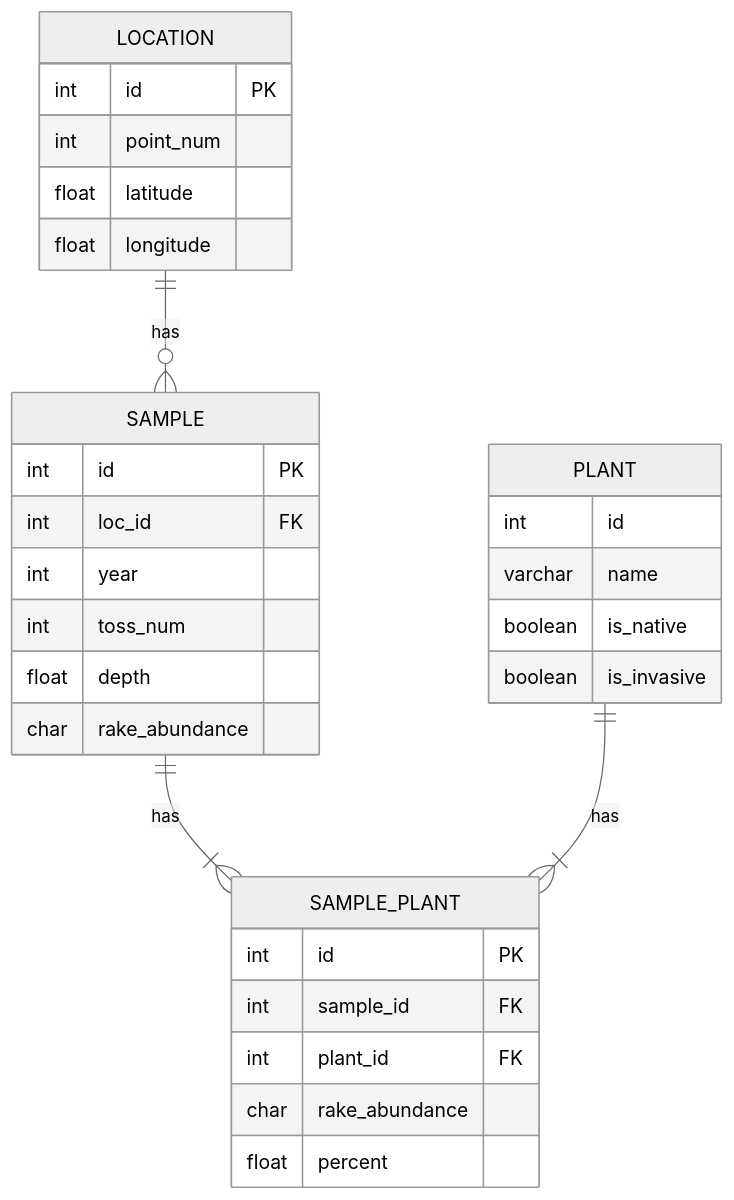
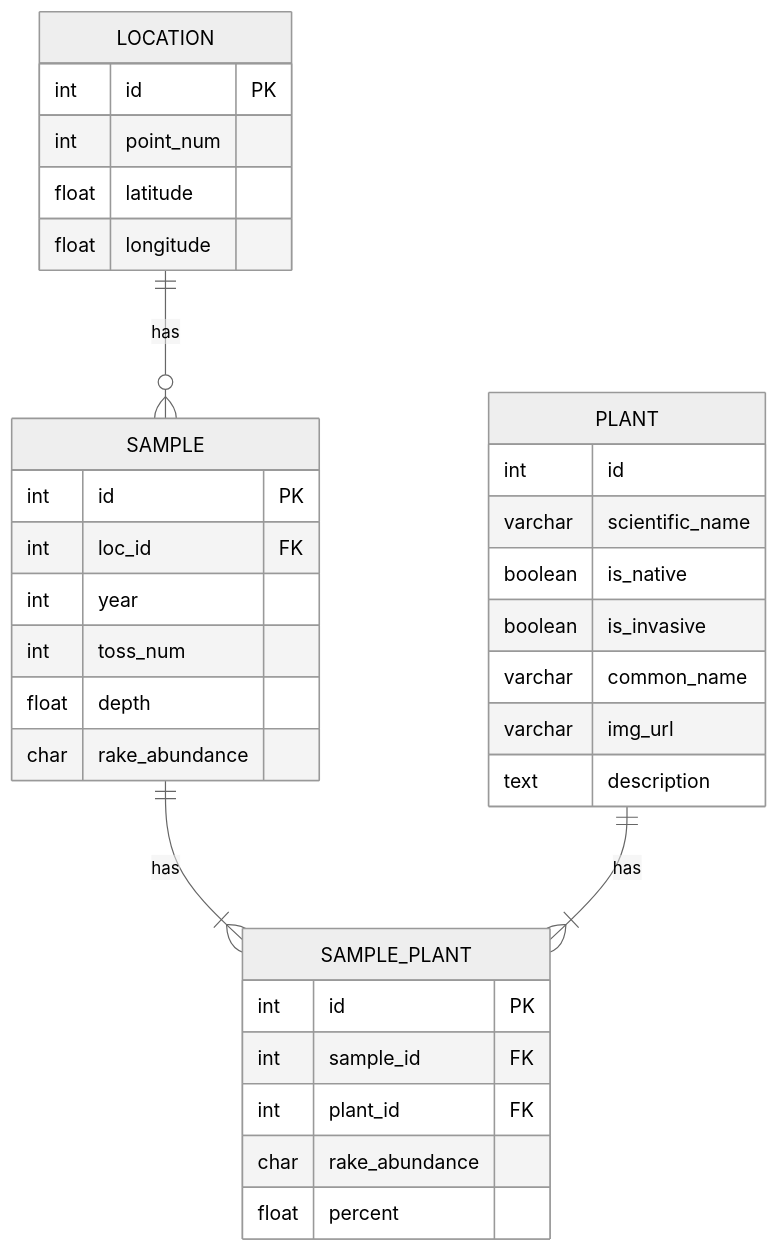
Before and after one commit to kgilbert78/rake-toss-data-cleaning: the diagram in README.md, drawn with Mermaid (neutral theme). The commit also changed 1 other file, not shown here.

Commit message:
edited columns to include in final table B csv

````diff
--- a/README.md
+++ b/README.md
@@ -13,38 +13,41 @@
 ```mermaid
 erDiagram
 LOCATION ||--O{ SAMPLE: has
 SAMPLE ||--|{ SAMPLE_PLANT: has
 PLANT ||--|{ SAMPLE_PLANT: has
 
 	LOCATION {
 		int id PK
 		int point_num
 		float latitude
 		float longitude
 	}
 
 	SAMPLE {
 		int id PK
 		int loc_id FK
 		int year
 		int toss_num
 		float depth
 		char rake_abundance
 		%% optional date field if we know the specific day
 	}
 
 	SAMPLE_PLANT {
 		int id PK
 		int sample_id FK
 		int plant_id FK
 		char rake_abundance
 		float percent
 	}
 
 	PLANT {
 		int id
-		varchar name
+		varchar scientific_name
 		boolean is_native
 		boolean is_invasive
+		varchar common_name
+		varchar img_url
+		text description
 	}
 ```
````
